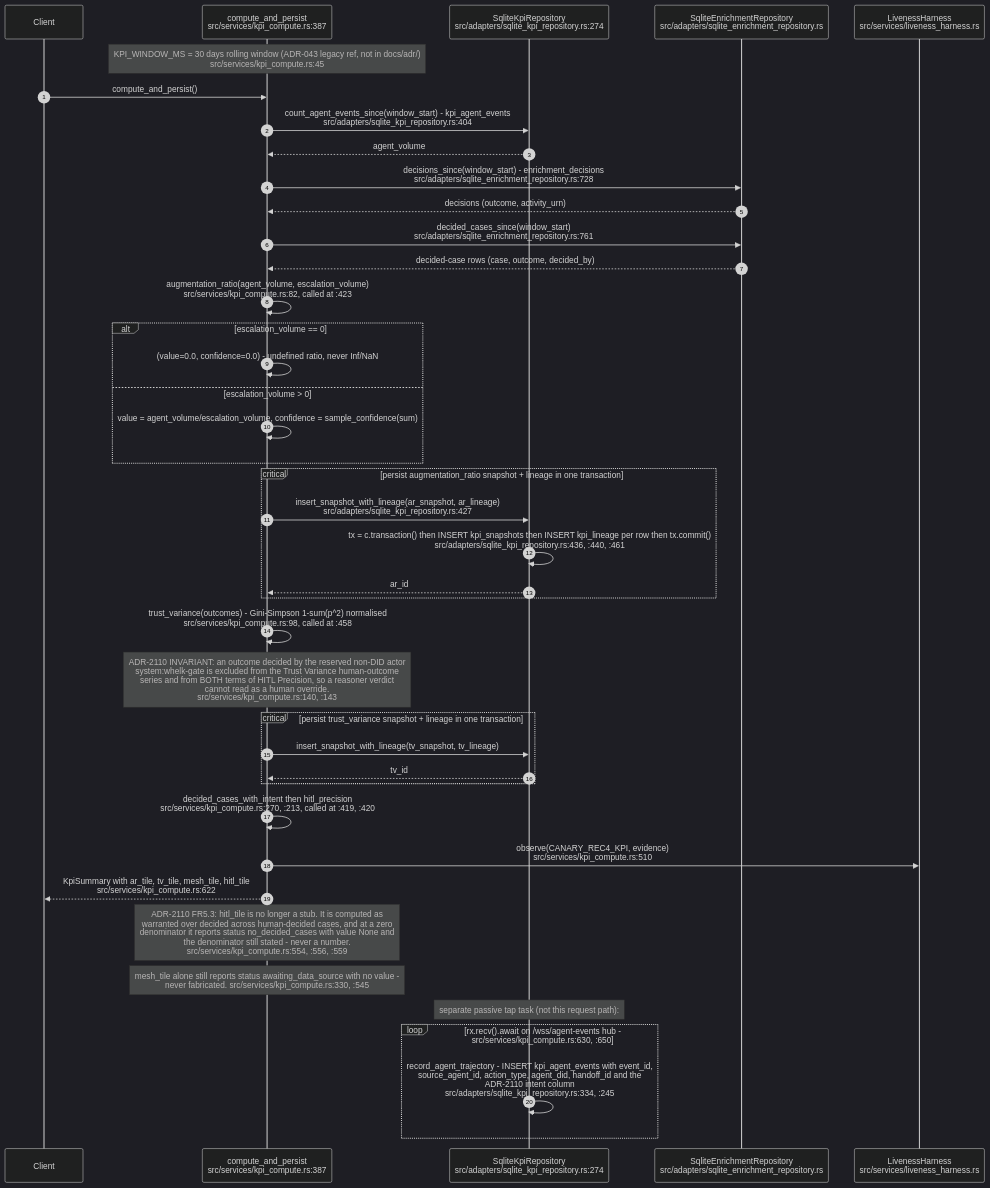
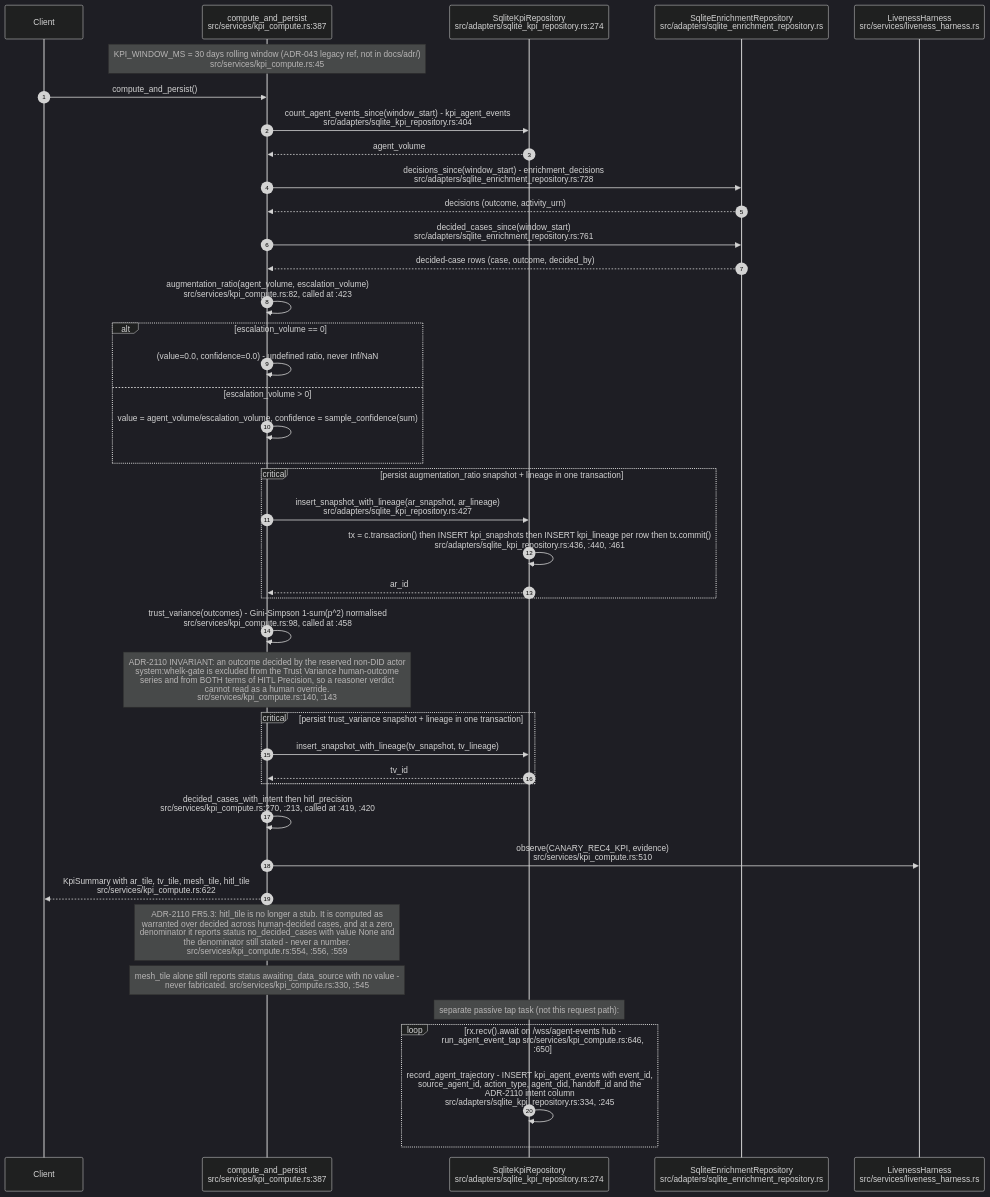
The third of 11 diagrams in docs/diagrams/visionclaw/25-insight-kpi-nlq-semantics.md (DreamLab-AI/VisionFlow), drawn with Mermaid (dark theme) before and after one commit. The commit also changed other lines of this file and 173 other files, not shown here.

````diff
--- a/docs/diagrams/visionclaw/25-insight-kpi-nlq-semantics.md
+++ b/docs/diagrams/visionclaw/25-insight-kpi-nlq-semantics.md
@@ -119,45 +120,45 @@
 ```mermaid
 sequenceDiagram
     autonumber
     participant C as Client
     participant K as compute_and_persist<br/>src/services/kpi_compute.rs:387
     participant KR as SqliteKpiRepository<br/>src/adapters/sqlite_kpi_repository.rs:274
     participant ER as SqliteEnrichmentRepository<br/>src/adapters/sqlite_enrichment_repository.rs
     participant LH as LivenessHarness<br/>src/services/liveness_harness.rs
 
     Note over K: KPI_WINDOW_MS = 30 days rolling window (ADR-043 legacy ref, not in docs/adr/)<br/>src/services/kpi_compute.rs:45
     C->>K: compute_and_persist()
     K->>KR: count_agent_events_since(window_start) - kpi_agent_events<br/>src/adapters/sqlite_kpi_repository.rs:404
     KR-->>K: agent_volume
     K->>ER: decisions_since(window_start) - enrichment_decisions<br/>src/adapters/sqlite_enrichment_repository.rs:728
     ER-->>K: decisions (outcome, activity_urn)
     K->>ER: decided_cases_since(window_start)<br/>src/adapters/sqlite_enrichment_repository.rs:761
     ER-->>K: decided-case rows (case, outcome, decided_by)
     K->>K: augmentation_ratio(agent_volume, escalation_volume)<br/>src/services/kpi_compute.rs:82, called at :423
     alt escalation_volume == 0
         K->>K: (value=0.0, confidence=0.0) - undefined ratio, never Inf/NaN
     else escalation_volume > 0
         K->>K: value = agent_volume/escalation_volume, confidence = sample_confidence(sum)
     end
     critical persist augmentation_ratio snapshot + lineage in one transaction
         K->>KR: insert_snapshot_with_lineage(ar_snapshot, ar_lineage)<br/>src/adapters/sqlite_kpi_repository.rs:427
         KR->>KR: tx = c.transaction() then INSERT kpi_snapshots then INSERT kpi_lineage per row then tx.commit()<br/>src/adapters/sqlite_kpi_repository.rs:436, :440, :461
         KR-->>K: ar_id
     end
     K->>K: trust_variance(outcomes) - Gini-Simpson 1-sum(p^2) normalised<br/>src/services/kpi_compute.rs:98, called at :458
     Note over K: ADR-2110 INVARIANT: an outcome decided by the reserved non-DID actor<br/>system:whelk-gate is excluded from the Trust Variance human-outcome<br/>series and from BOTH terms of HITL Precision, so a reasoner verdict<br/>cannot read as a human override.<br/>src/services/kpi_compute.rs:140, :143
     critical persist trust_variance snapshot + lineage in one transaction
         K->>KR: insert_snapshot_with_lineage(tv_snapshot, tv_lineage)
         KR-->>K: tv_id
     end
     K->>K: decided_cases_with_intent then hitl_precision<br/>src/services/kpi_compute.rs:270, :213, called at :419, :420
     K->>LH: observe(CANARY_REC4_KPI, evidence)<br/>src/services/kpi_compute.rs:510
     K-->>C: KpiSummary with ar_tile, tv_tile, mesh_tile, hitl_tile<br/>src/services/kpi_compute.rs:622
     Note over K: ADR-2110 FR5.3: hitl_tile is no longer a stub. It is computed as<br/>warranted over decided across human-decided cases, and at a zero<br/>denominator it reports status no_decided_cases with value None and<br/>the denominator still stated - never a number.<br/>src/services/kpi_compute.rs:554, :556, :559
     Note over K: mesh_tile alone still reports status awaiting_data_source with no value -<br/>never fabricated. src/services/kpi_compute.rs:330, :545
 
     Note over KR: separate passive tap task (not this request path):
-    loop rx.recv().await on /wss/agent-events hub - src/services/kpi_compute.rs:630, :650
+    loop rx.recv().await on /wss/agent-events hub - run_agent_event_tap src/services/kpi_compute.rs:646, :650
         KR->>KR: record_agent_trajectory - INSERT kpi_agent_events with event_id,<br/>source_agent_id, action_type, agent_did, handoff_id and the<br/>ADR-2110 intent column<br/>src/adapters/sqlite_kpi_repository.rs:334, :245
     end
 ```
````
